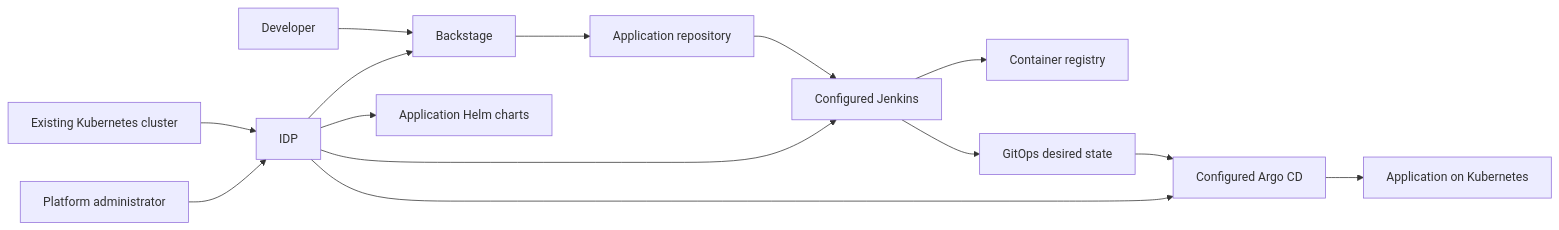
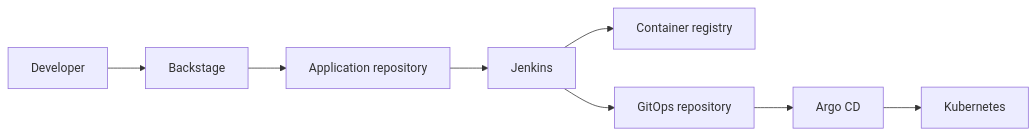
One commit to taxrakoto-idp/.github changed the diagram in profile/README.md. Above: the diagram before and after it, drawn with Mermaid. The commit also changed other lines of this file, not shown here.

Commit message:
docs: update organization profile repository links

````diff
--- a/profile/README.md
+++ b/profile/README.md
@@ -29,17 +17,10 @@
 ```mermaid
 flowchart LR
-    Admin["Platform administrator"] --> Installer["IDP"]
-    Cluster["Existing Kubernetes cluster"] --> Installer
-    Installer --> Backstage["Backstage"]
-    Installer --> Jenkins["Configured Jenkins"]
-    Installer --> ArgoCD["Configured Argo CD"]
-    Installer --> Charts["Application Helm charts"]
-
-    Developer["Developer"] --> Backstage
-    Backstage --> Source["Application repository"]
-    Source --> Jenkins
+    Developer["Developer"] --> Backstage["Backstage"]
+    Backstage --> Repository["Application repository"]
+    Repository --> Jenkins["Jenkins"]
     Jenkins --> Registry["Container registry"]
-    Jenkins --> GitOps["GitOps desired state"]
-    GitOps --> ArgoCD
-    ArgoCD --> Workload["Application on Kubernetes"]
+    Jenkins --> GitOps["GitOps repository"]
+    GitOps --> ArgoCD["Argo CD"]
+    ArgoCD --> Kubernetes["Kubernetes"]
 ```
````
